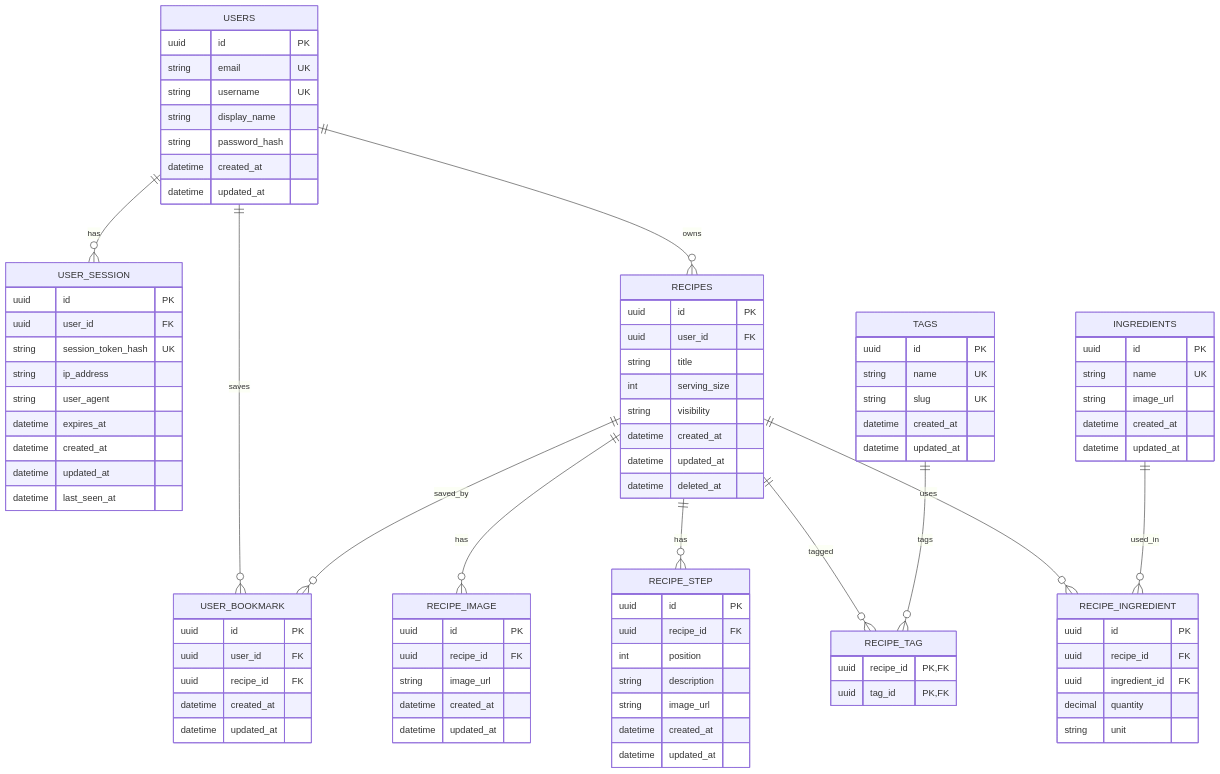
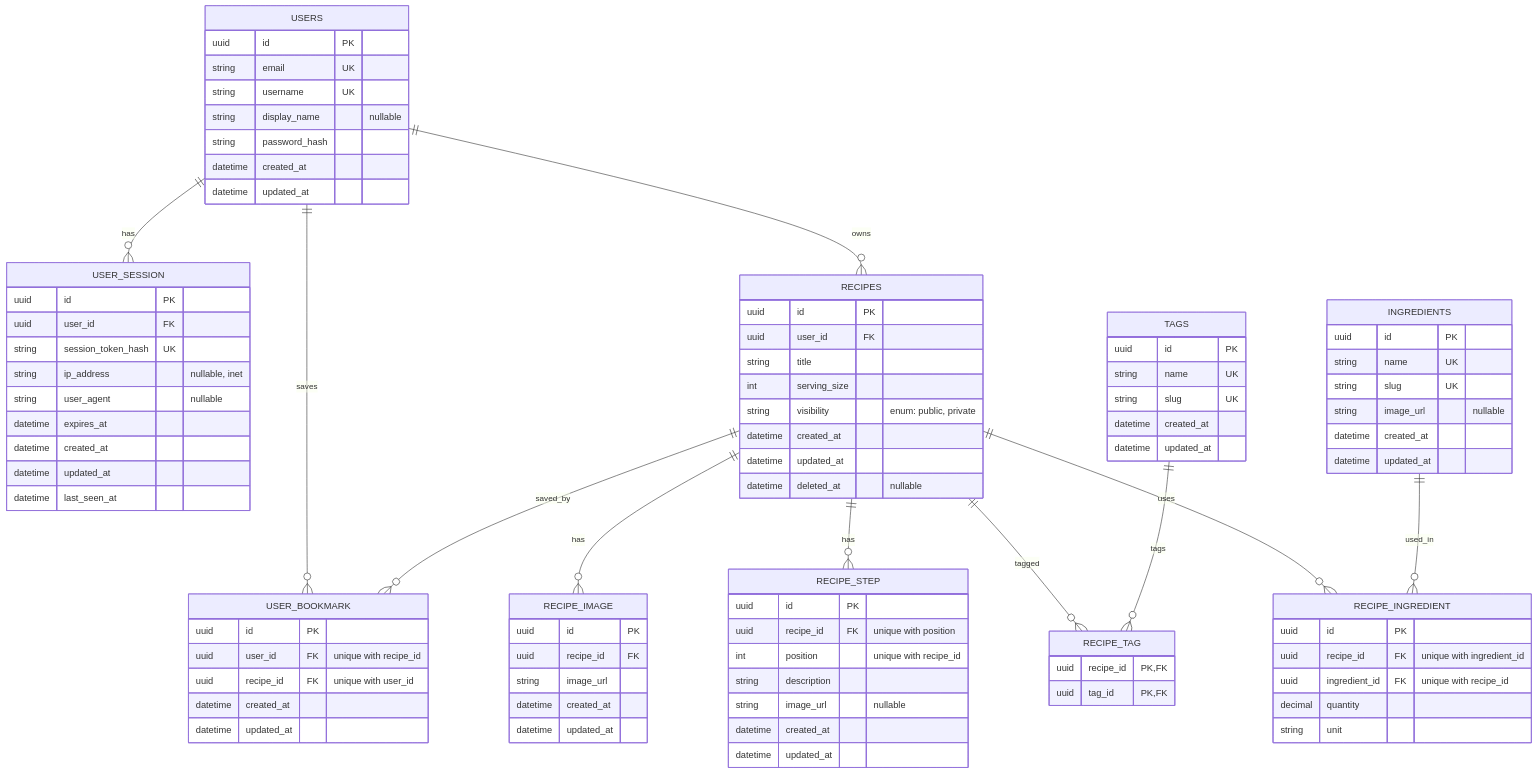
One commit to x14kernal/recipe-box-api changed the diagram in docs/brief.md. Above: the diagram before and after it, drawn with Mermaid. The commit also changed other lines of this file and 26 other files, not shown here.

```diff
--- a/docs/brief.md
+++ b/docs/brief.md
@@ -77,7 +76,7 @@
     uuid id PK
     string email UK
     string username UK
-    string display_name
+    string display_name "nullable"
     string password_hash
     datetime created_at
     datetime updated_at
@@ -86,8 +85,8 @@
     uuid id PK
     uuid user_id FK
     string session_token_hash UK
-    string ip_address
-    string user_agent
+    string ip_address "nullable, inet"
+    string user_agent "nullable"
     datetime expires_at
     datetime created_at
     datetime updated_at
@@ -95,8 +94,8 @@
   }
   USER_BOOKMARK {
     uuid id PK
-    uuid user_id FK
-    uuid recipe_id FK
+    uuid user_id FK "unique with recipe_id"
+    uuid recipe_id FK "unique with user_id"
     datetime created_at
     datetime updated_at
   }
@@ -105,10 +104,10 @@
     uuid user_id FK
     string title
     int serving_size
-    string visibility
+    string visibility "enum: public, private"
     datetime created_at
     datetime updated_at
-    datetime deleted_at
+    datetime deleted_at "nullable"
   }
   RECIPE_IMAGE {
     uuid id PK
@@ -119,10 +118,10 @@
   }
   RECIPE_STEP {
     uuid id PK
-    uuid recipe_id FK
-    int position
+    uuid recipe_id FK "unique with position"
+    int position "unique with recipe_id"
     string description
-    string image_url
+    string image_url "nullable"
     datetime created_at
     datetime updated_at
   }
@@ -136,7 +135,8 @@
   INGREDIENTS {
     uuid id PK
     string name UK
-    string image_url
+    string slug UK
+    string image_url "nullable"
     datetime created_at
     datetime updated_at
   }
@@ -146,8 +146,8 @@
   }
   RECIPE_INGREDIENT {
     uuid id PK
-    uuid recipe_id FK
-    uuid ingredient_id FK
+    uuid recipe_id FK "unique with ingredient_id"
+    uuid ingredient_id FK "unique with recipe_id"
     decimal quantity
     string unit
   }
```
